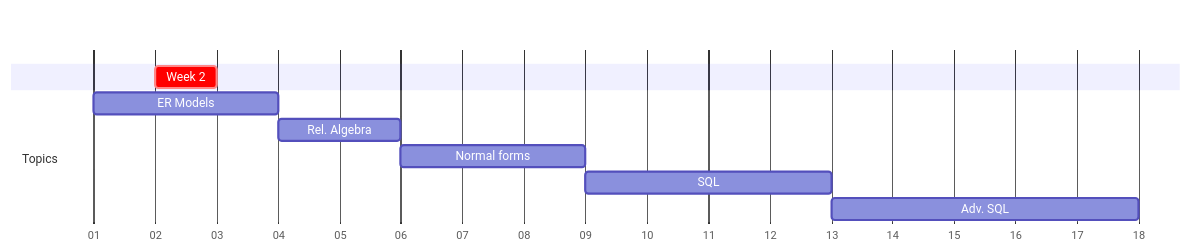
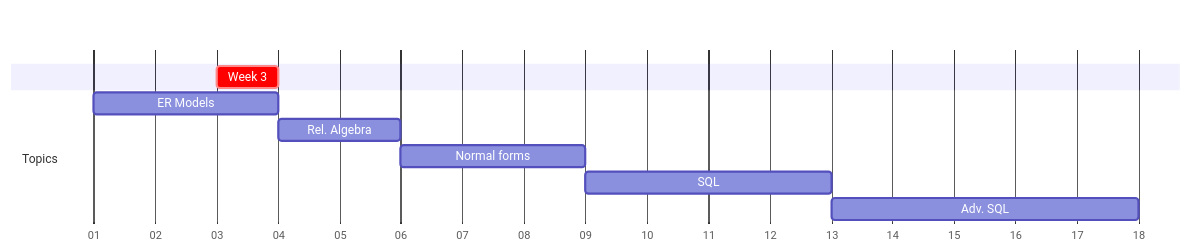
Before and after one commit to lowkeylabs/cmsc408-course-admin: the diagram in fa2024/lectures/week-mermaid.mmd, drawn with Mermaid. The commit also changed 61 other files, not shown here.

```diff
--- a/fa2024/lectures/week-mermaid.mmd
+++ b/fa2024/lectures/week-mermaid.mmd
@@ -1,14 +1,14 @@
 
 gantt
     dateFormat  M/DD/YYYY
     axisFormat  %W
 
     section    
-    Week 2 : crit, weekblock, 1/14/2024, 1w
+    Week 3 : crit, weekblock, 1/21/2024, 1w
 
     section Topics
     ER Models : m1, 1/7/2024, 3w
     Rel. Algebra: m4, after m1, 2w
     Normal forms: m5, after m4, 3w
     SQL : m6, after m5, 4w
     Adv. SQL: m7, after m6, 5w
```
